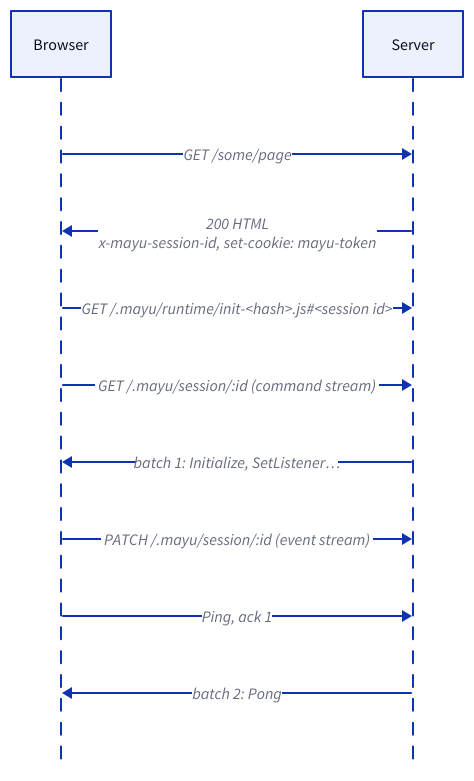
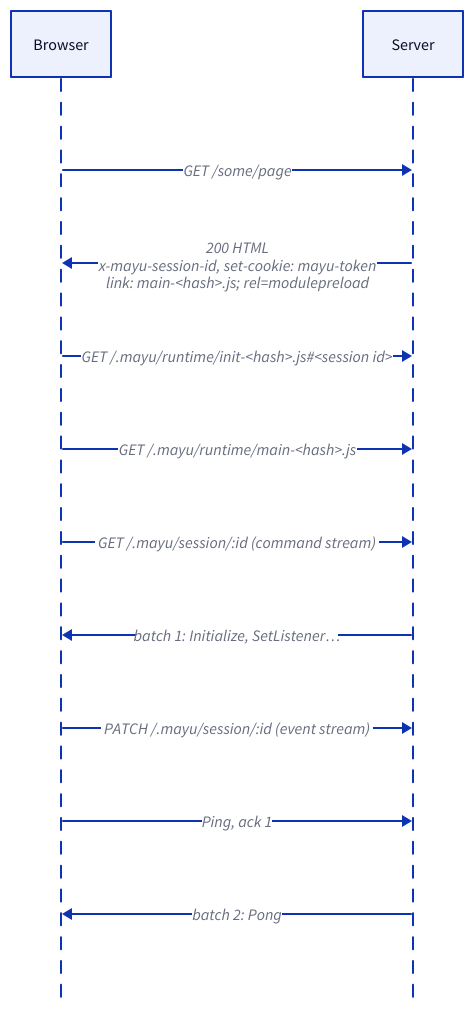
The diagram in docs/protocol/page-load.d2 (mayu-live/framework), drawn with D2 before and after one commit. The commit also changed 19 other files, not shown here.

```diff
--- a/docs/protocol/page-load.d2
+++ b/docs/protocol/page-load.d2
@@ -1,12 +1,13 @@
 shape: sequence_diagram
 browser: Browser
 server: Server
 
 browser -> server: "GET /some/page"
-server -> browser: "200 HTML\nx-mayu-session-id, set-cookie: mayu-token"
+server -> browser: "200 HTML\nx-mayu-session-id, set-cookie: mayu-token\nlink: main-<hash>.js; rel=modulepreload"
 browser -> server: "GET /.mayu/runtime/init-<hash>.js#<session id>"
+browser -> server: "GET /.mayu/runtime/main-<hash>.js"
 browser -> server: "GET /.mayu/session/:id   (command stream)"
 server -> browser: "batch 1: Initialize, SetListener…"
 browser -> server: "PATCH /.mayu/session/:id   (event stream)"
 browser -> server: "Ping, ack 1"
 server -> browser: "batch 2: Pong"
```
